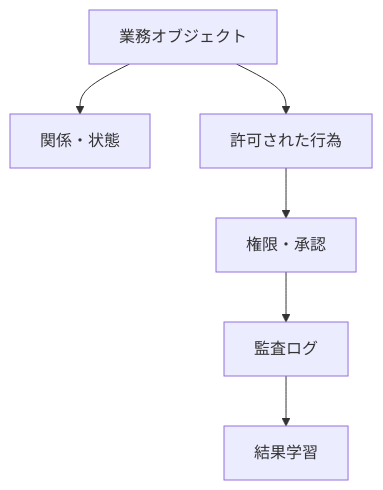
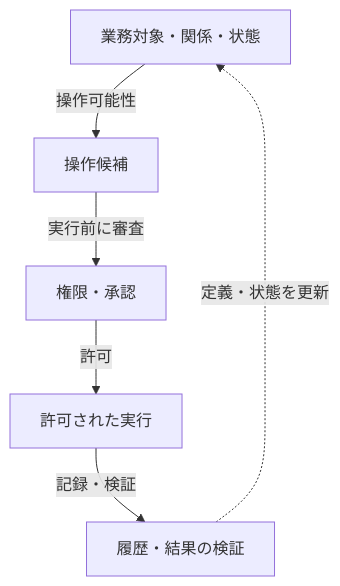
Before and after one commit to daylight55/research: the seventh of 13 diagrams in articles/report/ai-llm-ontology-memory/ja/index.mdx, drawn with Mermaid. The commit also changed other lines of this file and 181 other files, not shown here.

First line of the commit message:
全記事の図解368点を再生成し、共通注意書きを削除 (#402)

````diff
--- a/articles/report/ai-llm-ontology-memory/ja/index.mdx
+++ b/articles/report/ai-llm-ontology-memory/ja/index.mdx
@@ -243,8 +281,15 @@
 ```mermaid
 flowchart TD
-  BO["業務オブジェクト"] --> Rel["関係・状態"]
-  BO --> Act["許可された行為"]
-  Act --> Pol["権限・承認"]
-  Pol --> Aud["監査ログ"]
-  Aud --> FB["結果学習"]
+  accTitle: 業務Ontologyの操作を権限で制御する
+  accDescr: 対象・関係・状態の定義から操作候補を得ても、実行には権限と承認が必要になる。
+  N0["業務対象・関係・状態"]
+  N1["操作候補"]
+  N2["権限・承認"]
+  N3["許可された実行"]
+  N4["履歴・結果の検証"]
+  N0 -->|操作可能性| N1
+  N1 -->|実行前に審査| N2
+  N2 -->|許可| N3
+  N3 -->|記録・検証| N4
+  N4 -.->|定義・状態を更新| N0
 ```
````
